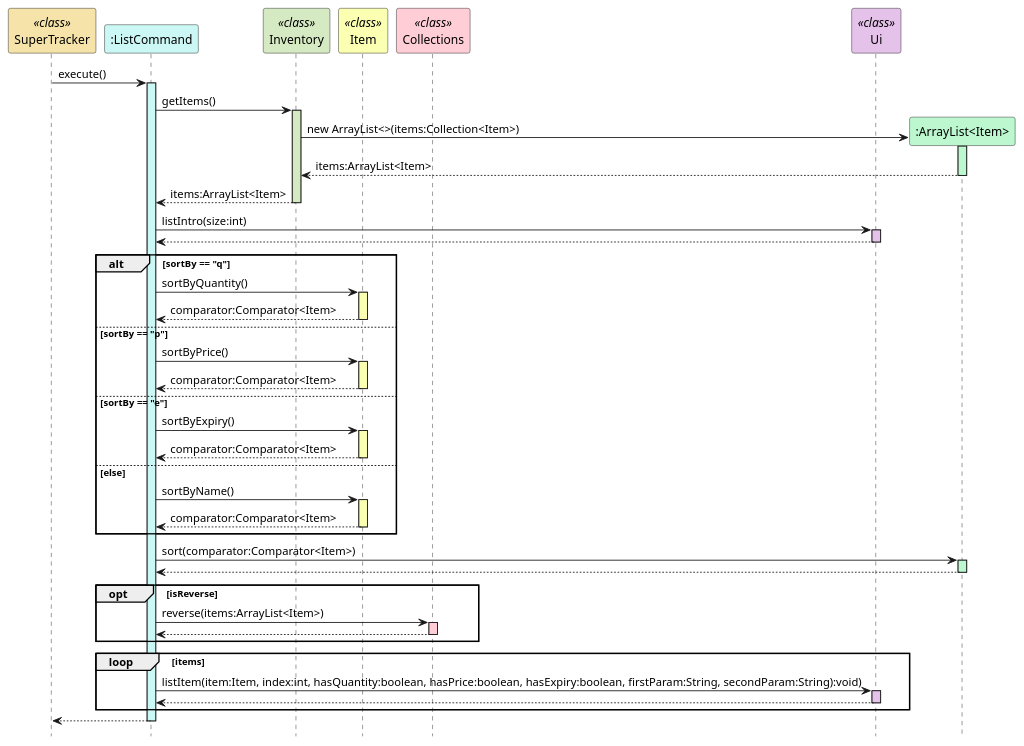
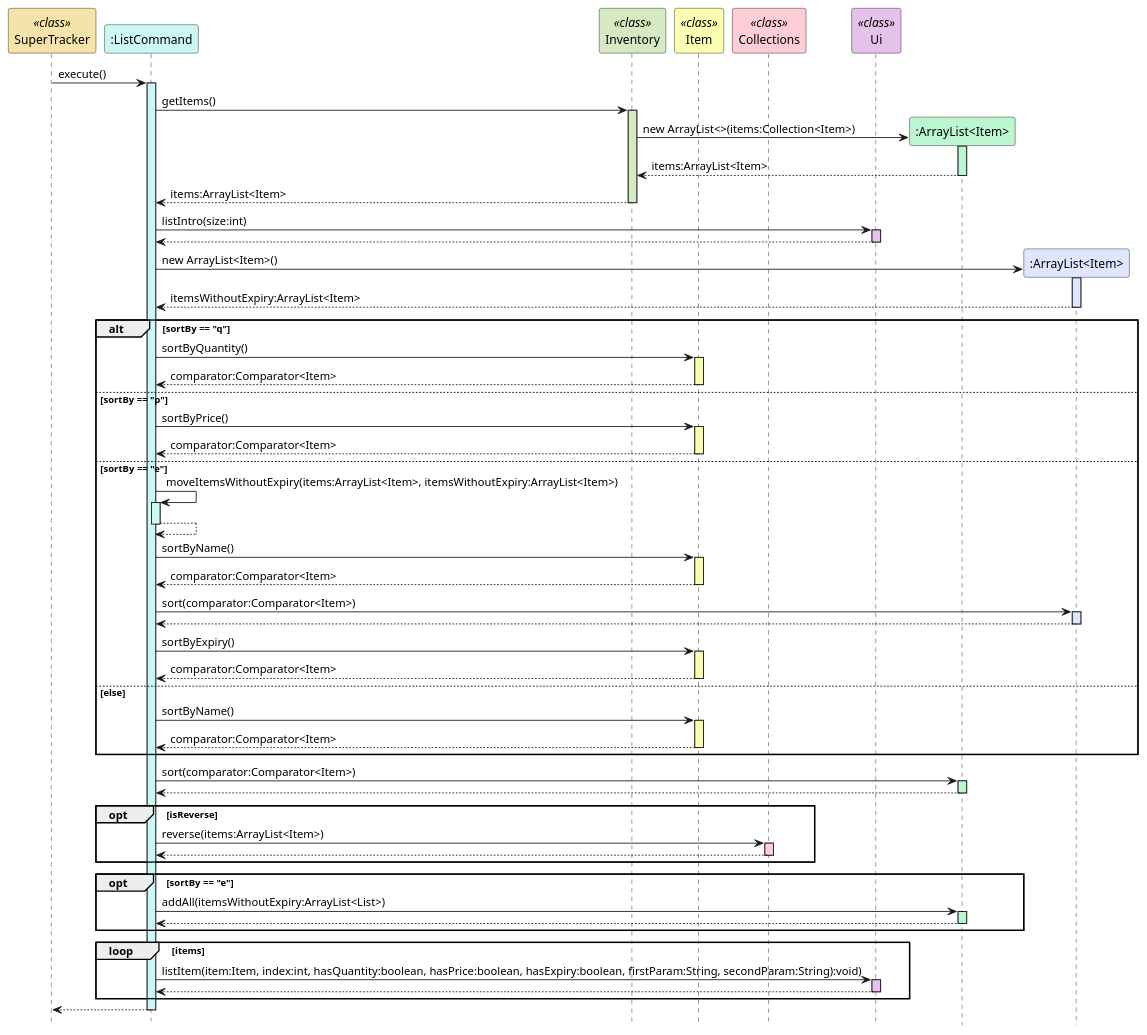
The second of 2 diagrams in docs/uml-diagrams/ListCommand.puml (rismm/tp), drawn with PlantUML before and after one commit. The commit also changed other lines of this file and 2 other files, not shown here.

Commit message:
Update UML diagrams for list command

```diff
--- a/docs/uml-diagrams/ListCommand.puml
+++ b/docs/uml-diagrams/ListCommand.puml
@@ -58,88 +59,115 @@
 @startuml
 hide footbox
 participant "SuperTracker" as SuperTracker <<class>> #f5e3a9
 participant ":ListCommand" as ListCommand #cbf7f4
 participant "Inventory" as Inventory <<class>> #d5eac2
 participant "Item" as Item <<class>> #fbffb2
 participant "Collections" as Collections <<class>> #ffcdd6
 participant "Ui" as Ui <<class>> #e5c2ea
 participant ":ArrayList<Item>" as ArrayList #bcf7cf
+participant ":ArrayList<Item>" as ArrayList2 #dfe6ff
 
 SuperTracker -> ListCommand : execute()
 activate ListCommand #cbf7f4
 
 ListCommand -> Inventory : getItems()
 activate Inventory #d5eac2
 
 Inventory -> ArrayList ** : new ArrayList<>(items:Collection<Item>)
 activate ArrayList #bcf7cf
 ArrayList --> Inventory : items:ArrayList<Item>
 deactivate ArrayList
 
 Inventory --> ListCommand : items:ArrayList<Item>
 deactivate Inventory
 
 ListCommand -> Ui : listIntro(size:int)
 activate Ui #e5c2ea
 Ui --> ListCommand
 deactivate Ui
 
+ListCommand -> ArrayList2 ** : new ArrayList<Item>()
+activate ArrayList2 #dfe6ff
+ArrayList2 --> ListCommand : itemsWithoutExpiry:ArrayList<Item>
+deactivate ArrayList2
+
 alt sortBy == "q"
 
 ListCommand -> Item : sortByQuantity()
 activate Item #fbffb2
 Item --> ListCommand : comparator:Comparator<Item>
 deactivate Item
 
 else sortBy == "p"
 
 ListCommand -> Item : sortByPrice()
 activate Item #fbffb2
 Item --> ListCommand : comparator:Comparator<Item>
 deactivate Item
 
 else sortBy == "e"
 
+ListCommand -> ListCommand : moveItemsWithoutExpiry(items:ArrayList<Item>, itemsWithoutExpiry:ArrayList<Item>)
+activate ListCommand #cbf7f4
+ListCommand --> ListCommand
+deactivate ListCommand
+
+ListCommand -> Item : sortByName()
+activate Item #fbffb2
+Item --> ListCommand : comparator:Comparator<Item>
+deactivate Item
+
+ListCommand -> ArrayList2 : sort(comparator:Comparator<Item>)
+activate ArrayList2 #dfe6ff
+ArrayList2 --> ListCommand
+deactivate ArrayList2
+
 ListCommand -> Item : sortByExpiry()
 activate Item #fbffb2
 Item --> ListCommand : comparator:Comparator<Item>
 deactivate Item
-
 
 else else
 
 ListCommand -> Item : sortByName()
 activate Item #fbffb2
 Item --> ListCommand : comparator:Comparator<Item>
 deactivate Item
-
-
 
 end
 
 ListCommand -> ArrayList : sort(comparator:Comparator<Item>)
 activate ArrayList #bcf7cf
 ArrayList --> ListCommand
 deactivate ArrayList
 
 opt isReverse
 
 ListCommand -> Collections : reverse(items:ArrayList<Item>)
 activate Collections #ffcdd6
 Collections --> ListCommand
 deactivate Collections
 
 end
 
+opt sortBy == "e"
+
+ListCommand -> ArrayList : addAll(itemsWithoutExpiry:ArrayList<List>)
+activate ArrayList #bcf7cf
+ArrayList --> ListCommand
+deactivate
+
+end
+
 loop items
 
 ListCommand -> Ui : listItem(item:Item, index:int, hasQuantity:boolean, hasPrice:boolean, hasExpiry:boolean, firstParam:String, secondParam:String):void)
 activate Ui #e5c2ea
 Ui --> ListCommand
 deactivate Ui
 
 end
 
 ListCommand --> SuperTracker
 deactivate ListCommand
 @enduml
```
